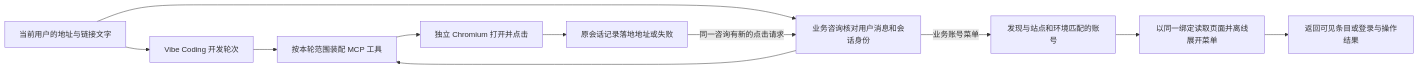
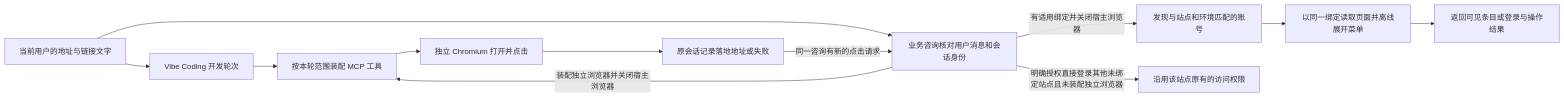
The second of 52 diagrams in docs/ai-coding-architecture.md (exception-coder/kai-toolbox), drawn with Mermaid before and after one commit. The commit also changed other lines of this file and 29 other files, not shown here.

````diff
--- a/docs/ai-coding-architecture.md
+++ b/docs/ai-coding-architecture.md
@@ -41,13 +41,14 @@
 ```mermaid
 flowchart LR
     U[当前用户的地址与链接文字] --> T[Vibe Coding 开发轮次]
     T --> M[按本轮范围装配 MCP 工具]
     U --> C[业务咨询核对用户消息和会话身份]
     R -->|同一咨询有新的点击请求| C
-    C --> M
+    C -->|装配独立浏览器并关闭宿主浏览器| M
     M --> B[独立 Chromium 打开并点击]
     B --> R[原会话记录落地地址或失败]
-    C -->|业务账号菜单| A[发现与站点和环境匹配的账号]
+    C -->|有适用绑定并关闭宿主浏览器| A[发现与站点和环境匹配的账号]
     A --> W[以同一绑定读取页面并离线展开菜单]
     W --> E[返回可见条目或登录与操作结果]
+    C -->|明确授权直接登录其他未绑定站点且未装配独立浏览器| H[沿用该站点原有的访问权限]
 ```
````
